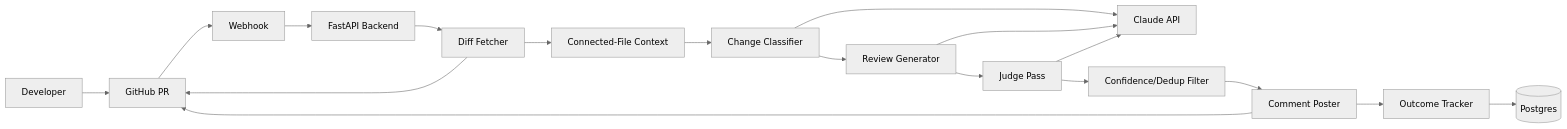
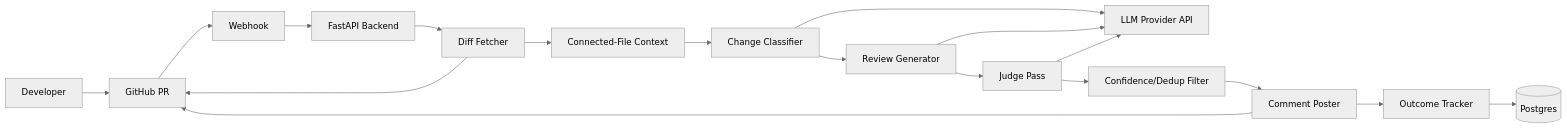
The diagram in docs/06_HLD.md (kaur-devs/PR-Review-Copilot), drawn with Mermaid (neutral theme) before and after one commit. The commit also changed 20 other files, not shown here.

````diff
--- a/docs/06_HLD.md
+++ b/docs/06_HLD.md
@@ -5,35 +5,35 @@
 ```mermaid
 flowchart LR
     U[Developer]
     GH[GitHub PR]
     WH[Webhook]
     API[FastAPI Backend]
     DF[Diff Fetcher]
     CF[Connected-File Context]
     CC[Change Classifier]
     RG[Review Generator]
     JP[Judge Pass]
     FL[Confidence/Dedup Filter]
     CP[Comment Poster]
     OT[Outcome Tracker]
     DB[(Postgres)]
-    LLM[Claude API]
+    LLM[LLM Provider API]
 
     U --> GH
     GH --> WH
     WH --> API
     API --> DF
     DF --> GH
     DF --> CF
     CF --> CC
     CC --> LLM
     CC --> RG
     RG --> LLM
     RG --> JP
     JP --> LLM
     JP --> FL
     FL --> CP
     CP --> GH
     CP --> OT
     OT --> DB
 ```
````
